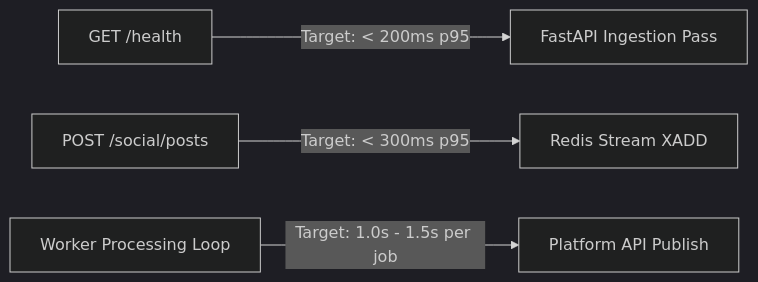
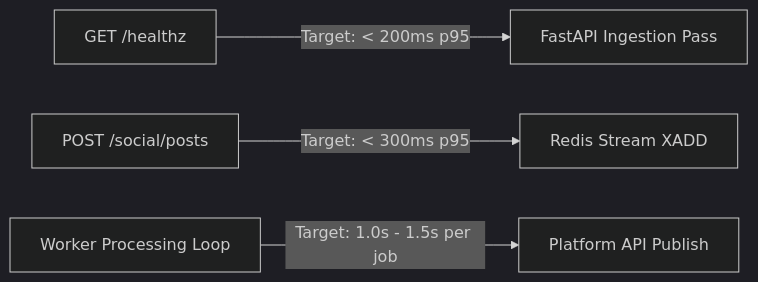
Before and after one commit to AD-Technology-Inc/publish: the diagram in docs/performance/benchmarks.md, drawn with Mermaid (dark theme). The commit also changed other lines of this file and 14 other files, not shown here.

Commit message:
refactor: rename health check endpoints from /health to /healthz across all services and infrastructure configurations

````diff
--- a/docs/performance/benchmarks.md
+++ b/docs/performance/benchmarks.md
@@ -10,6 +10,6 @@
 ```mermaid
 graph LR;
-    HealthCheck["GET /health"] -->|Target: < 200ms p95| Target1["FastAPI Ingestion Pass"]
+    HealthCheck["GET /healthz"] -->|Target: < 200ms p95| Target1["FastAPI Ingestion Pass"]
     JobEnqueue["POST /social/posts"] -->|Target: < 300ms p95| Target2["Redis Stream XADD"]
     JobExecution["Worker Processing Loop"] -->|Target: 1.0s - 1.5s per job| Target3["Platform API Publish"]
 ```
````
